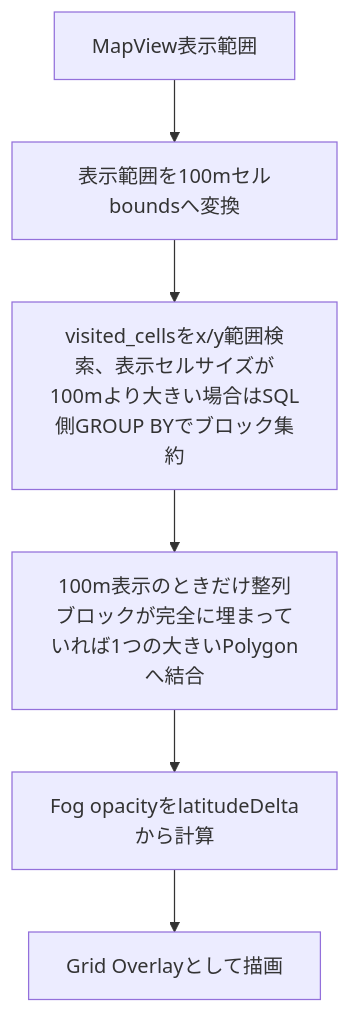
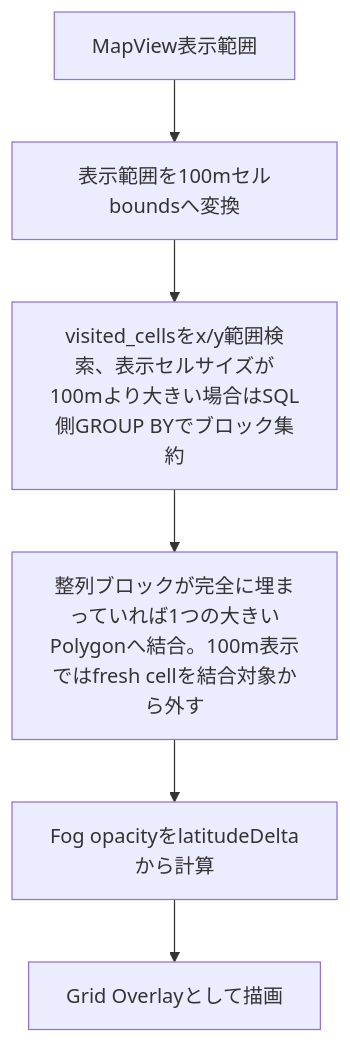
Before and after one commit to kazuki19992/strollia: the third of 3 diagrams in docs/architecture.md, drawn with Mermaid.

Commit message:
docs(map): アーキテクチャ図のPolygon結合の記述を全ズーム段階へ揃える
Claude-Session: https://claude.ai/code/session_01DczH4DkimVZnYRJtZc2KiR

````diff
--- a/docs/architecture.md
+++ b/docs/architecture.md
@@ -141,8 +141,8 @@
 ```mermaid
 flowchart TD
   A[MapView表示範囲] --> B[表示範囲を100mセルboundsへ変換]
   B --> C[visited_cellsをx/y範囲検索、表示セルサイズが100mより大きい場合はSQL側GROUP BYでブロック集約]
-  C --> D[100m表示のときだけ整列ブロックが完全に埋まっていれば1つの大きいPolygonへ結合]
+  C --> D[整列ブロックが完全に埋まっていれば1つの大きいPolygonへ結合。100m表示ではfresh cellを結合対象から外す]
   D --> E[Fog opacityをlatitudeDeltaから計算]
   E --> F[Grid Overlayとして描画]
 ```
````
